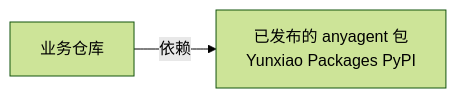
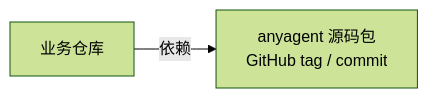
Before and after one commit to komiyoo/anyagent: the diagram in docs/architecture/overview/framework-boundary.md, drawn with Mermaid (forest theme). The commit also changed 10 other files, not shown here.

````diff
--- a/docs/architecture/overview/framework-boundary.md
+++ b/docs/architecture/overview/framework-boundary.md
@@ -41,4 +41,4 @@
 ```mermaid
 flowchart LR
-  biz["业务仓库"] -- 依赖 --> pkg["已发布的 anyagent 包<br/>Yunxiao Packages PyPI"]
+  biz["业务仓库"] -- 依赖 --> pkg["anyagent 源码包<br/>GitHub tag / commit"]
 ```
````
